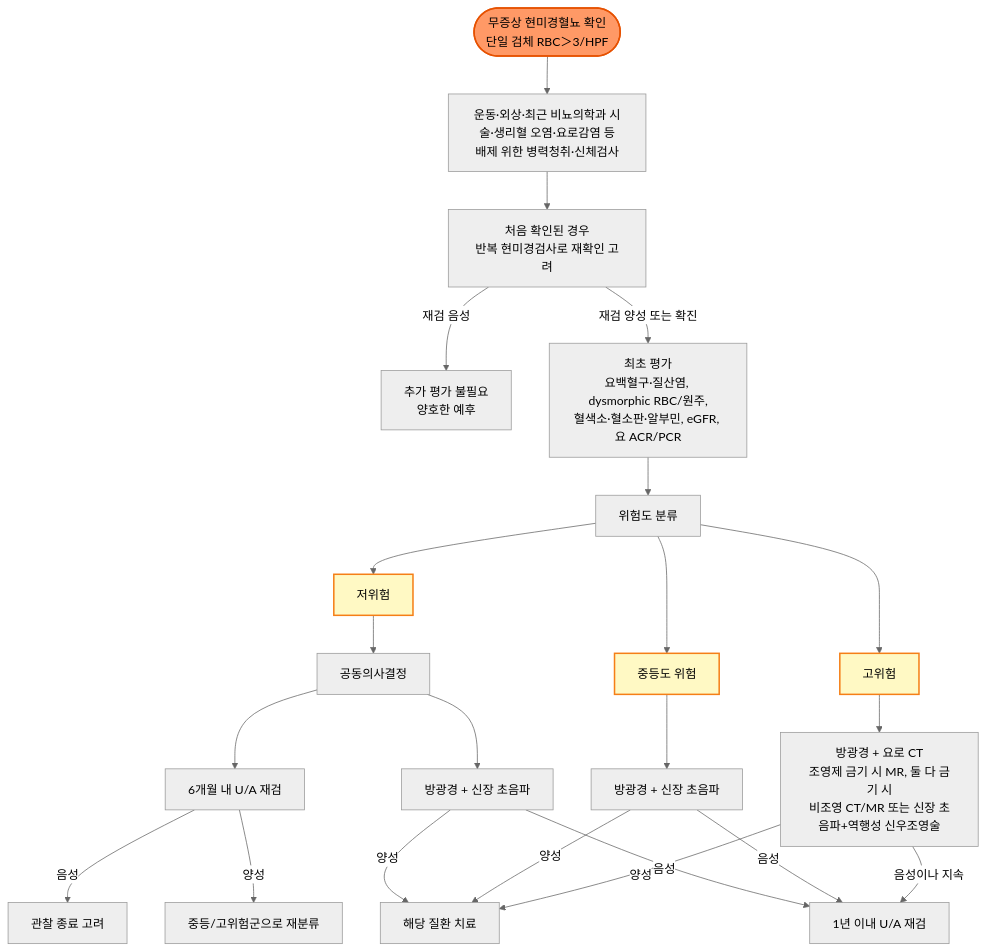
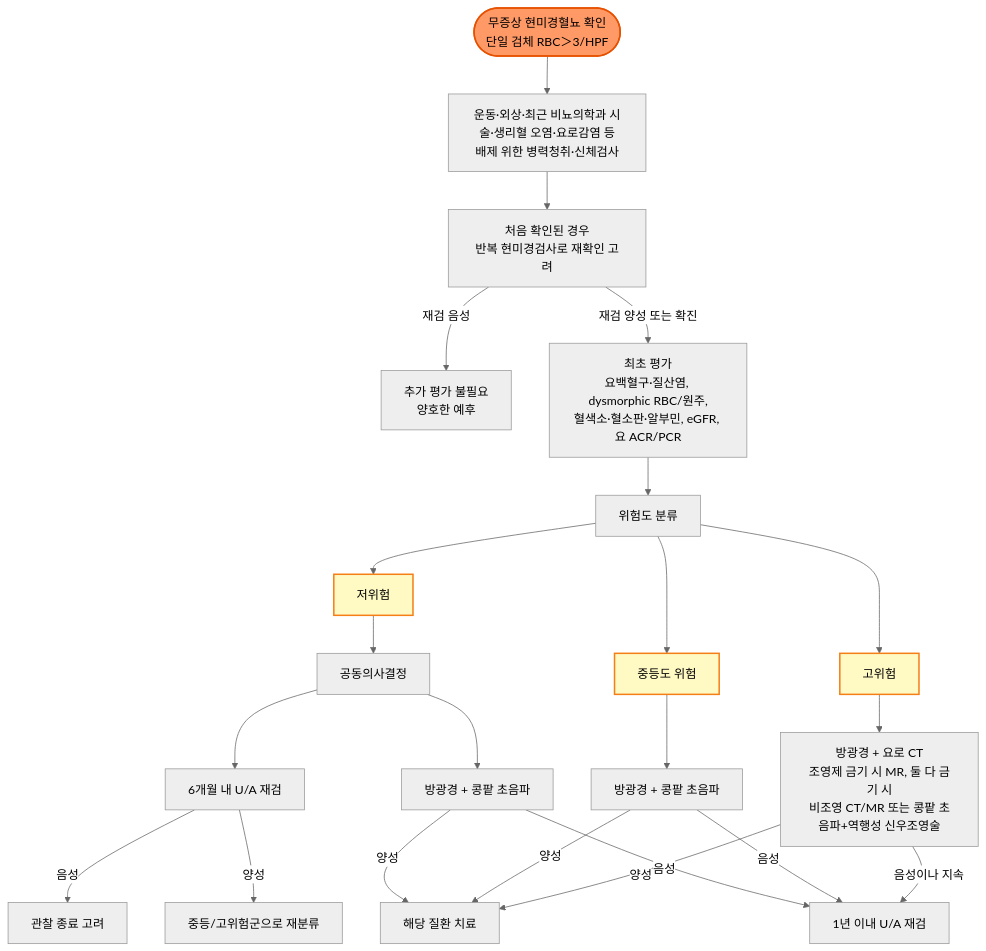
Before and after one commit to familyoh77/familyoh77: the diagram in 227_/110_-hematuria.md, drawn with Mermaid (neutral theme). The commit also changed other lines of this file and 2 other files, not shown here.

````diff
--- a/227_/110_-hematuria.md
+++ b/227_/110_-hematuria.md
@@ -145,33 +145,33 @@
 ```mermaid
 graph TD
     A([무증상 현미경혈뇨 확인<br>단일 검체 RBC＞3/HPF]) --> B[운동·외상·최근 비뇨의학과 시술·생리혈 오염·요로감염 등<br>배제 위한 병력청취·신체검사]
     B --> C[처음 확인된 경우<br>반복 현미경검사로 재확인 고려]
     C -->|재검 음성| C1[추가 평가 불필요<br>양호한 예후]
     C -->|재검 양성 또는 확진| D0[최초 평가<br>요백혈구·질산염, dysmorphic RBC/원주,<br>혈색소·혈소판·알부민, eGFR, 요 ACR/PCR]
     D0 --> D[위험도 분류]
 
     D --> E[저위험]
     D --> F[중등도 위험]
     D --> G[고위험]
 
     E --> E1[공동의사결정]
     E1 --> E2[6개월 내 U/A 재검]
-    E1 --> E3[방광경 + 신장 초음파]
+    E1 --> E3[방광경 + 콩팥 초음파]
     E2 -->|음성| E4[관찰 종료 고려]
     E2 -->|양성| G0[중등/고위험군으로 재분류]
     E3 -->|양성| H1[해당 질환 치료]
     E3 -->|음성| F2[1년 이내 U/A 재검]
 
-    F --> F1[방광경 + 신장 초음파]
+    F --> F1[방광경 + 콩팥 초음파]
     F1 -->|양성| H1
     F1 -->|음성| F2
 
-    G --> G1[방광경 + 요로 CT<br>조영제 금기 시 MR, 둘 다 금기 시<br>비조영 CT/MR 또는 신장 초음파+역행성 신우조영술]
+    G --> G1[방광경 + 요로 CT<br>조영제 금기 시 MR, 둘 다 금기 시<br>비조영 CT/MR 또는 콩팥 초음파+역행성 신우조영술]
     G1 -->|양성| H1
     G1 -->|음성이나 지속| F2
 
     style A fill:#f96,stroke:#e65100,stroke-width:2px
     style E fill:#fff9c4,stroke:#f57f17,stroke-width:2px
     style F fill:#fff9c4,stroke:#f57f17,stroke-width:2px
     style G fill:#fff9c4,stroke:#f57f17,stroke-width:2px
 ```
````
